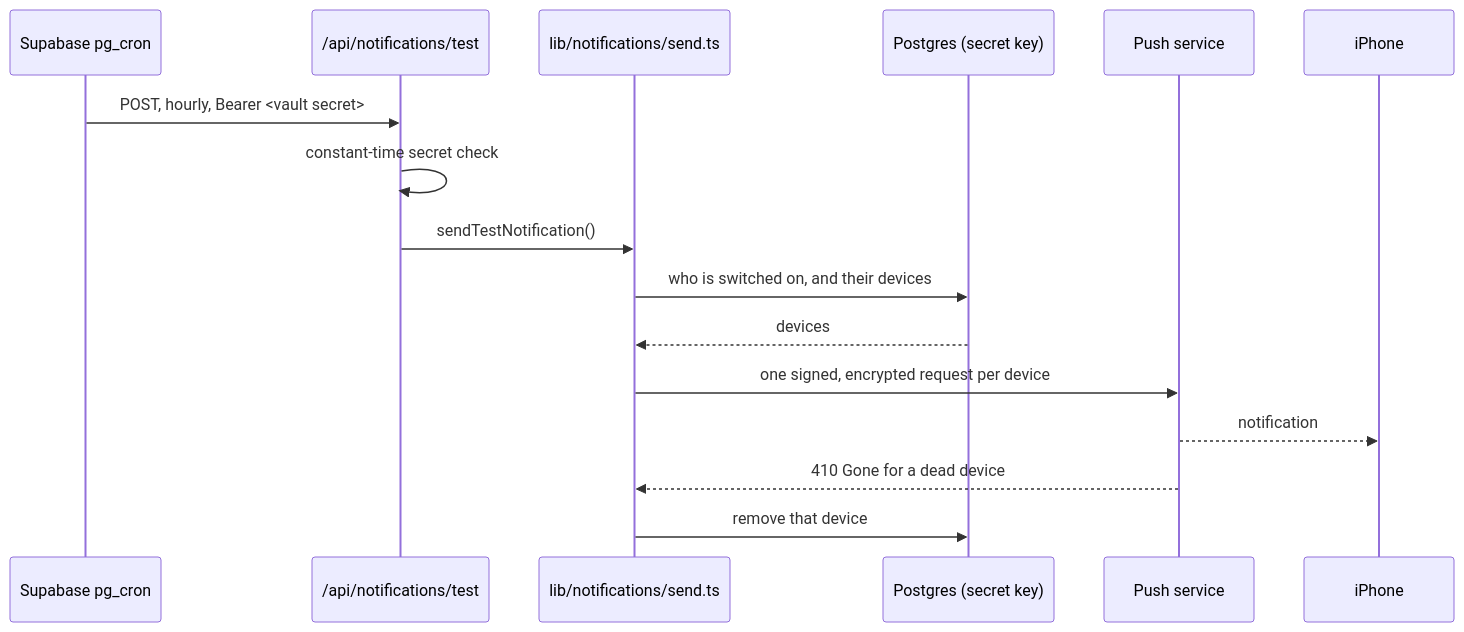
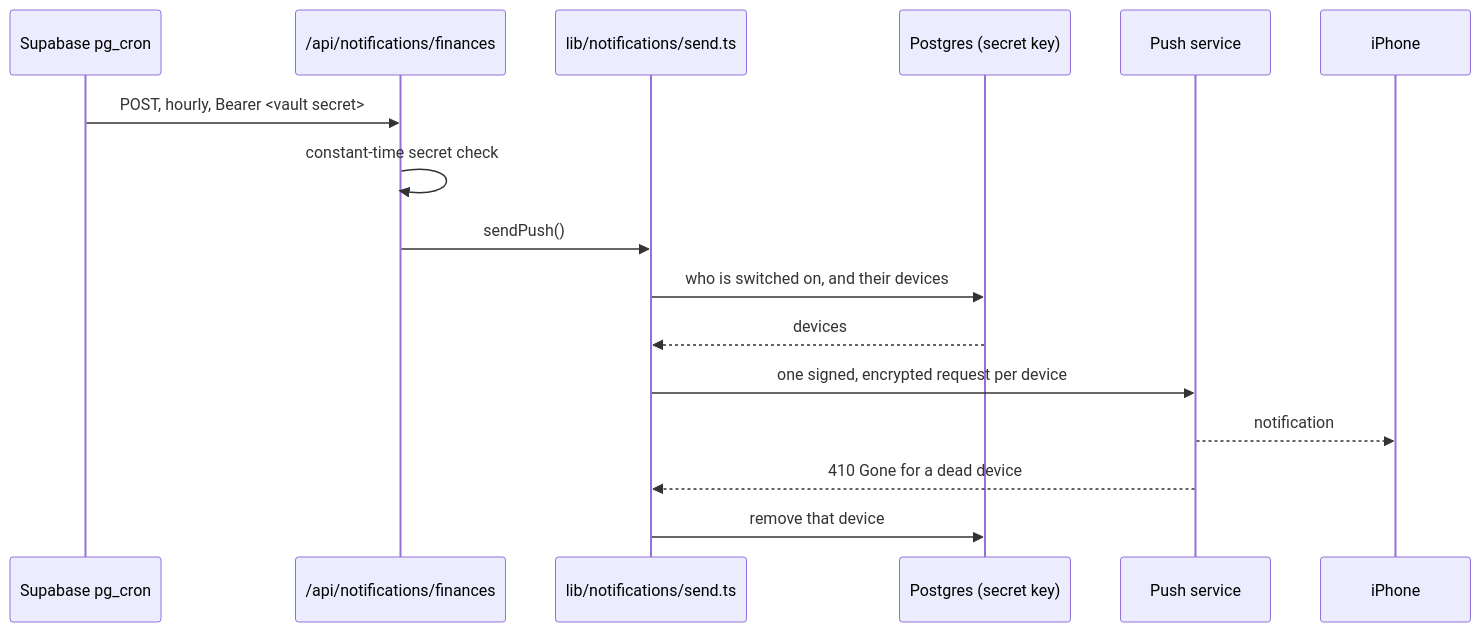
Before and after one commit to vplakkot/HomeBase: the fifth of 10 diagrams in docs/architecture.md, drawn with Mermaid. The commit also changed other lines of this file and 5 other files, not shown here.

Commit message:
Test the Finances log label and the unscheduling; docs say the test job is gone

````diff
--- a/docs/architecture.md
+++ b/docs/architecture.md
@@ -418,19 +417,19 @@
 ```mermaid
 sequenceDiagram
     participant Cron as Supabase pg_cron
-    participant Route as /api/notifications/test
+    participant Route as /api/notifications/finances
     participant Send as lib/notifications/send.ts
     participant DB as Postgres (secret key)
     participant Apple as Push service
     participant Phone as iPhone
 
     Cron->>Route: POST, hourly, Bearer <vault secret>
     Route->>Route: constant-time secret check
-    Route->>Send: sendTestNotification()
+    Route->>Send: sendPush()
     Send->>DB: who is switched on, and their devices
     DB-->>Send: devices
     Send->>Apple: one signed, encrypted request per device
     Apple-->>Phone: notification
     Apple-->>Send: 410 Gone for a dead device
     Send->>DB: remove that device
 ```
````
